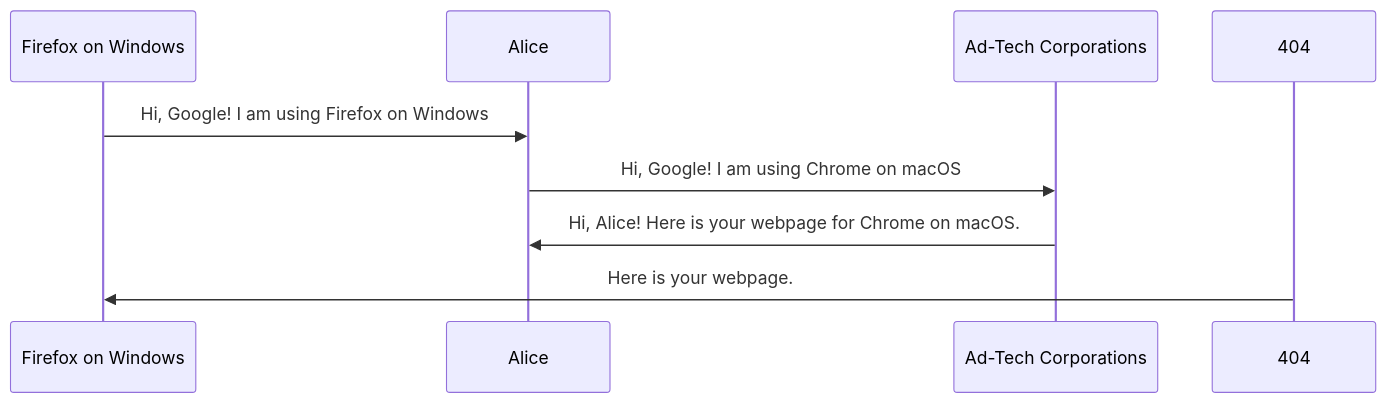
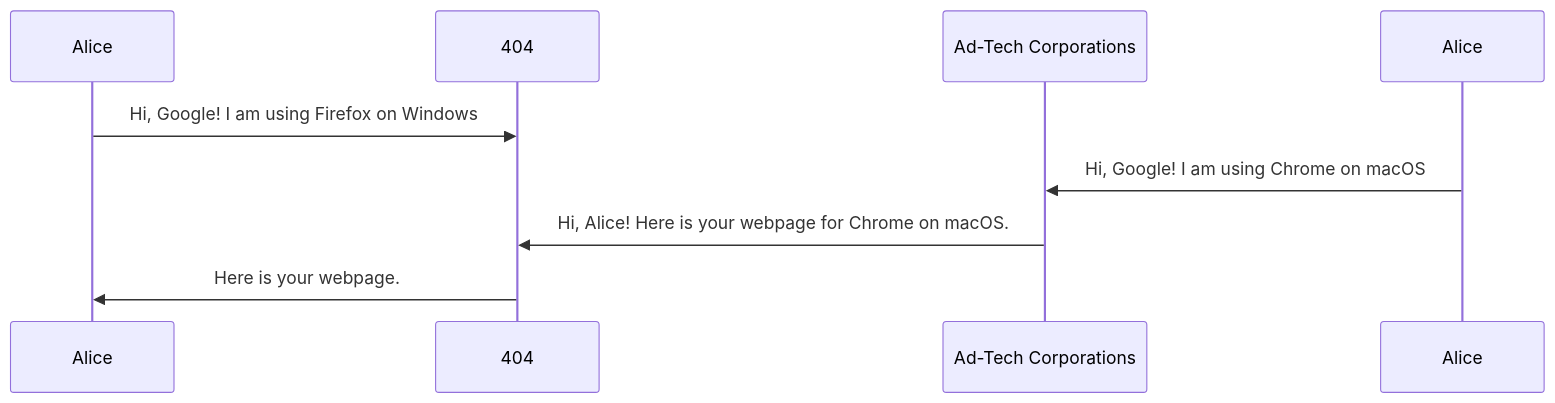
One commit to un-nf/404-docs changed the diagram in docs/index.md. Above: the diagram before and after it, drawn with Mermaid.

Commit message:
Fix participant names in sequence diagram

````diff
--- a/docs/index.md
+++ b/docs/index.md
@@ -23,10 +23,10 @@
 ```mermaid
 sequenceDiagram
-    participant F as Firefox on Windows
-    participant Alice
+    participant F as Alice
+    participant 404
     participant A as Ad-Tech Corporations
-    F->>Alice: Hi, Google! I am using Firefox on Windows
+    F->>404: Hi, Google! I am using Firefox on Windows
     Alice->>A: Hi, Google! I am using Chrome on macOS
-    A->>Alice: Hi, Alice! Here is your webpage for Chrome on macOS.
+    A->>404: Hi, Alice! Here is your webpage for Chrome on macOS.
     404->>F: Here is your webpage.
 ```
````
